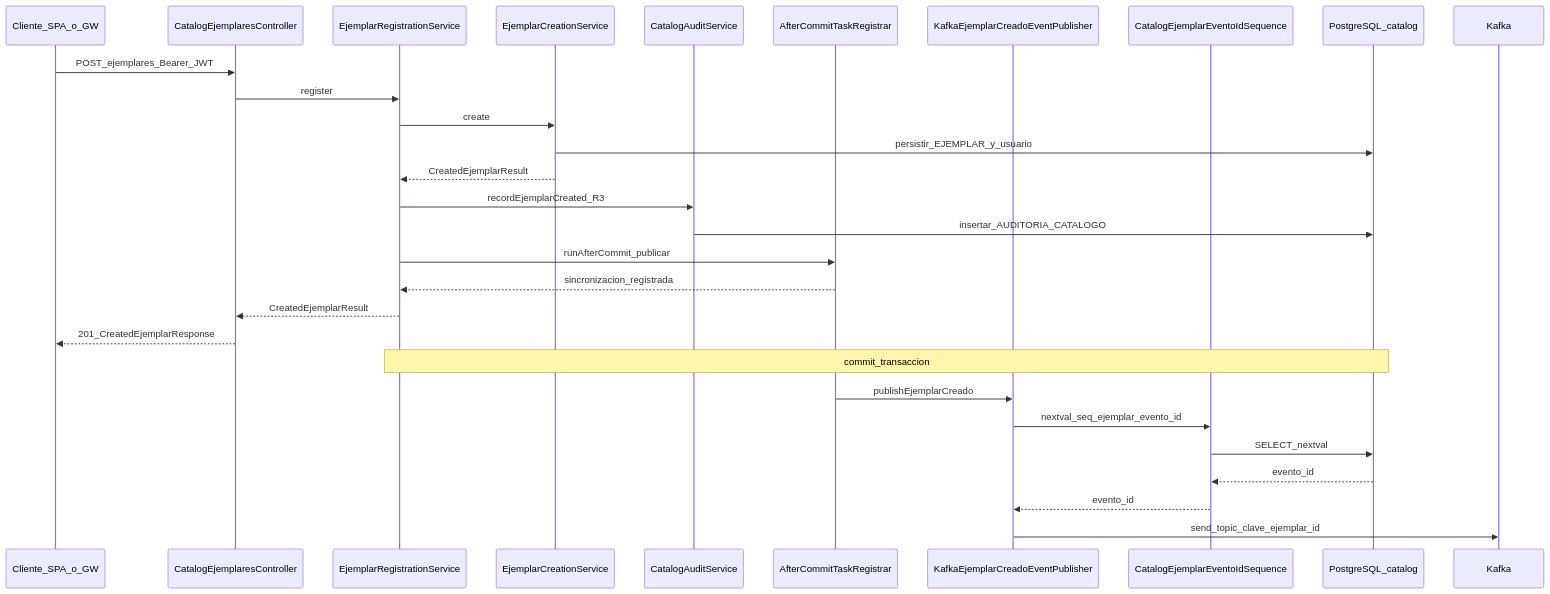
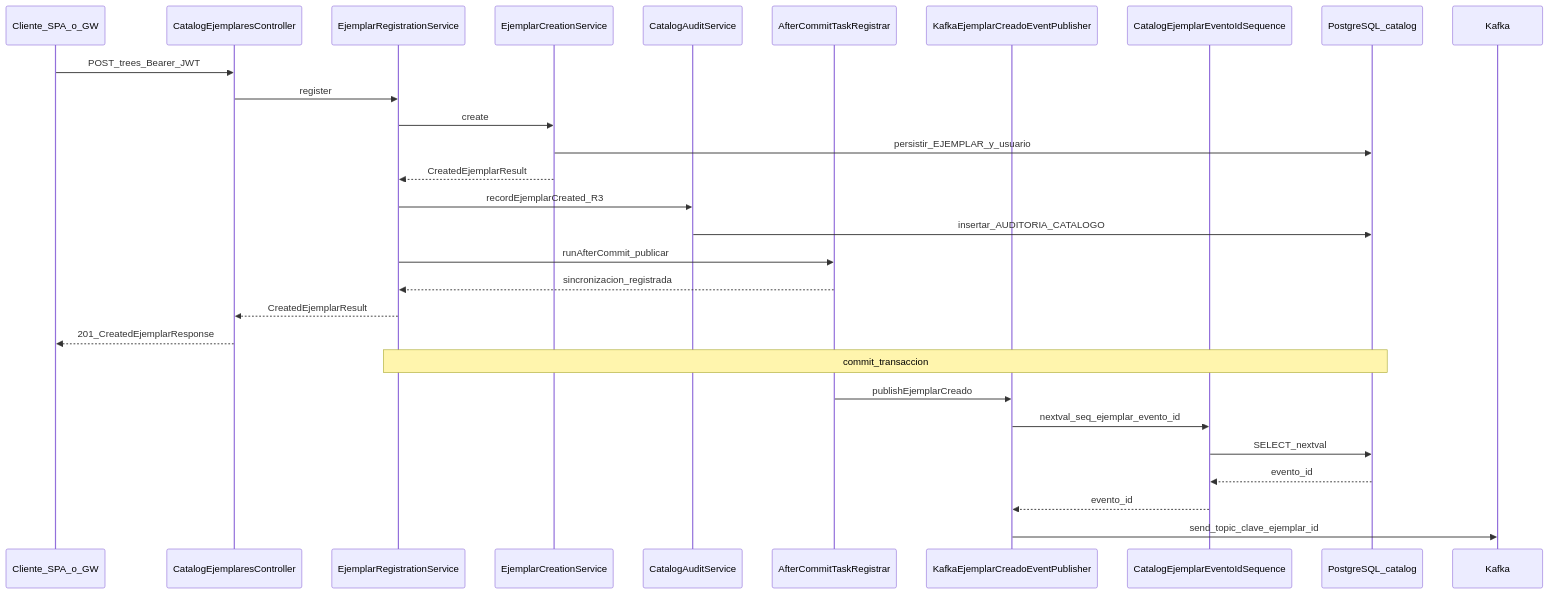
One commit to LIDR-academy/AI4Devs-finalproject changed the ninth of 19 diagrams in readme.md. Above: the diagram before and after it, drawn with Mermaid. The commit also changed other lines of this file and 23 other files, not shown here.

````diff
--- a/readme.md
+++ b/readme.md
@@ -640,33 +640,33 @@
 ```mermaid
 sequenceDiagram
   participant Client as Cliente_SPA_o_GW
   participant Ctrl as CatalogEjemplaresController
   participant Reg as EjemplarRegistrationService
   participant Cre as EjemplarCreationService
   participant Aud as CatalogAuditService
   participant Tx as AfterCommitTaskRegistrar
   participant Pub as KafkaEjemplarCreadoEventPublisher
   participant Seq as CatalogEjemplarEventoIdSequence
   participant PG as PostgreSQL_catalog
   participant KB as Kafka
 
-  Client->>Ctrl: POST_ejemplares_Bearer_JWT
+  Client->>Ctrl: POST_trees_Bearer_JWT
   Ctrl->>Reg: register
   Reg->>Cre: create
   Cre->>PG: persistir_EJEMPLAR_y_usuario
   Cre-->>Reg: CreatedEjemplarResult
   Reg->>Aud: recordEjemplarCreated_R3
   Aud->>PG: insertar_AUDITORIA_CATALOGO
   Reg->>Tx: runAfterCommit_publicar
   Tx-->>Reg: sincronizacion_registrada
   Reg-->>Ctrl: CreatedEjemplarResult
   Ctrl-->>Client: 201_CreatedEjemplarResponse
 
   Note over Reg,PG: commit_transaccion
   Tx->>Pub: publishEjemplarCreado
   Pub->>Seq: nextval_seq_ejemplar_evento_id
   Seq->>PG: SELECT_nextval
   PG-->>Seq: evento_id
   Seq-->>Pub: evento_id
   Pub->>KB: send_topic_clave_ejemplar_id
 ```
````
